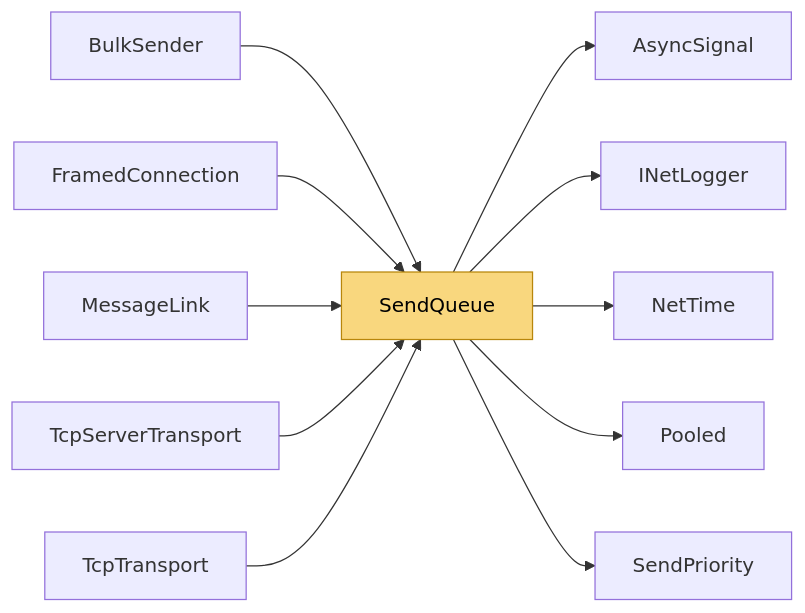
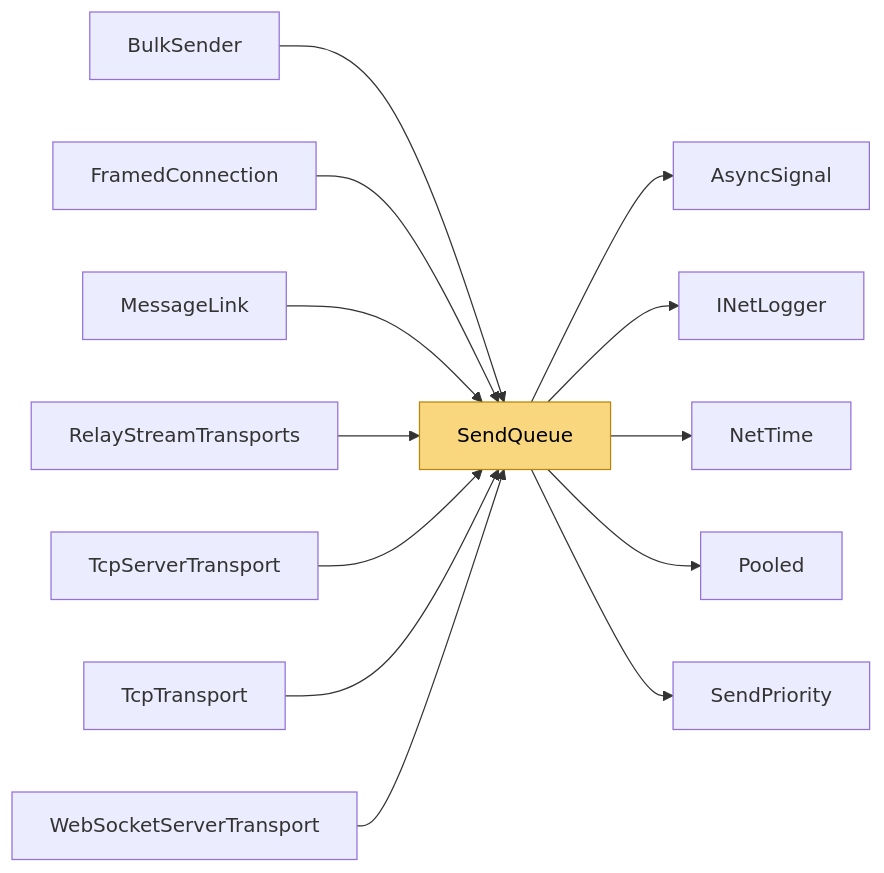
Before and after one commit to VladislavKresov/NetSync: the diagram in docs/Code/Sending/SendQueue.md, drawn with Mermaid. The commit also changed other lines of this file and 56 other files, not shown here.

Commit message:
Docs: limitations and roadmap after rc.6 work; regenerated code reference

````diff
--- a/docs/Code/Sending/SendQueue.md
+++ b/docs/Code/Sending/SendQueue.md
@@ -61,15 +65,17 @@
 ```mermaid
 flowchart LR
   m_SendQueue["SendQueue"]:::self
   m_SendQueue --> m_AsyncSignal["AsyncSignal"]
   m_SendQueue --> m_INetLogger["INetLogger"]
   m_SendQueue --> m_NetTime["NetTime"]
   m_SendQueue --> m_Pooled["Pooled"]
   m_SendQueue --> m_SendPriority["SendPriority"]
   m_BulkSender["BulkSender"] --> m_SendQueue
   m_FramedConnection["FramedConnection"] --> m_SendQueue
   m_MessageLink["MessageLink"] --> m_SendQueue
+  m_RelayStreamTransports["RelayStreamTransports"] --> m_SendQueue
   m_TcpServerTransport["TcpServerTransport"] --> m_SendQueue
   m_TcpTransport["TcpTransport"] --> m_SendQueue
+  m_WebSocketServerTransport["WebSocketServerTransport"] --> m_SendQueue
   classDef self fill:#f9d77e,stroke:#b8860b,color:#000
 ```
````
